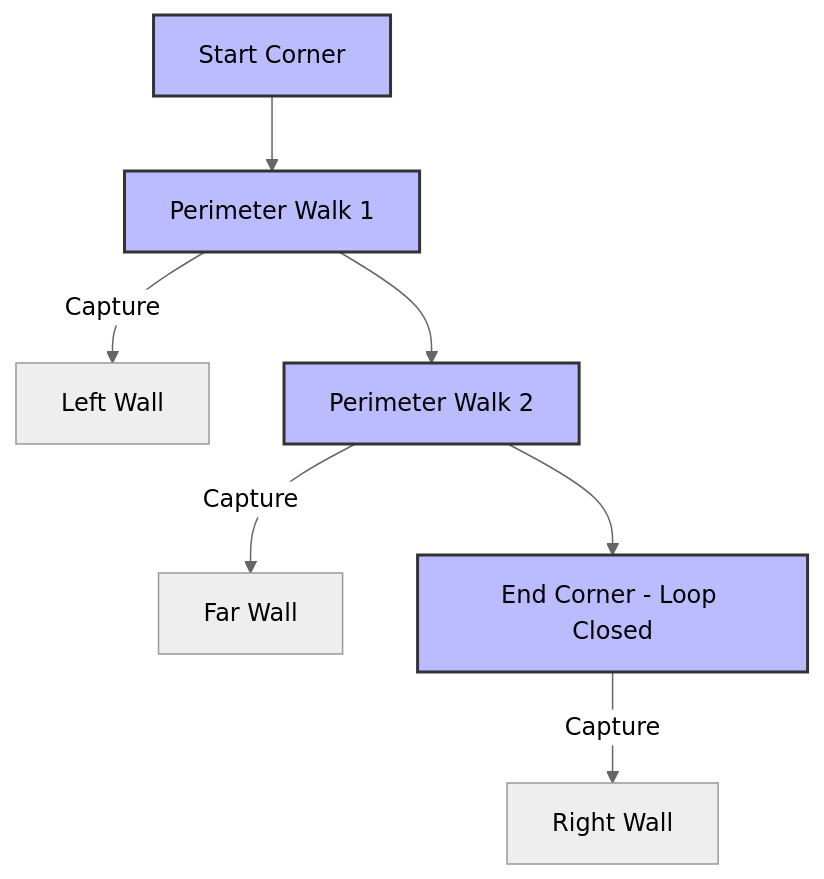
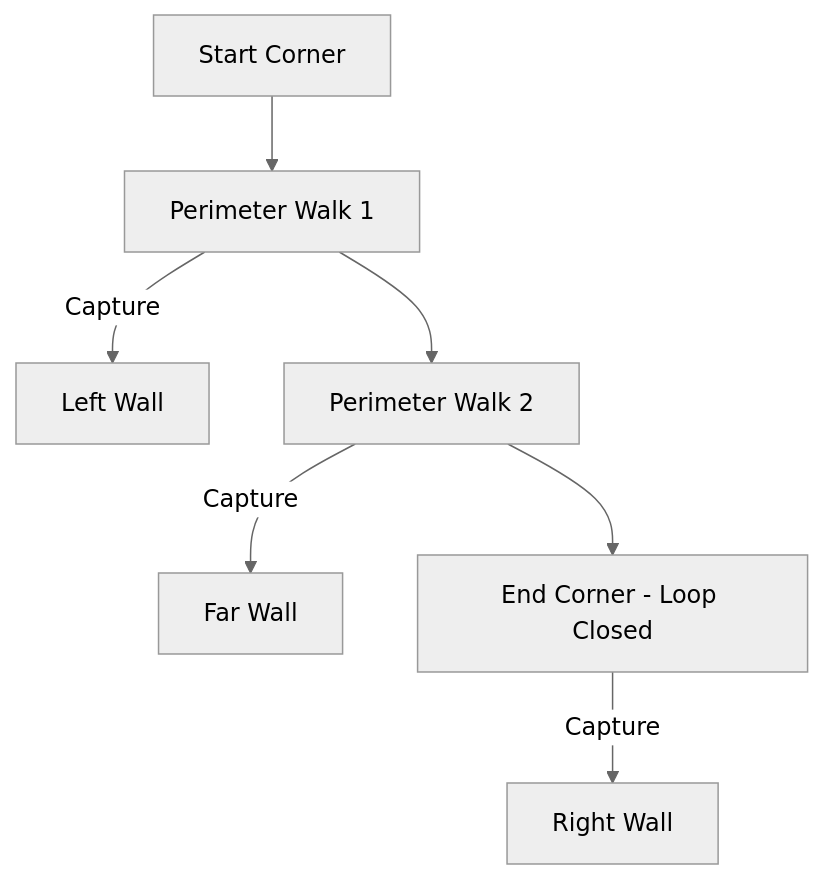
One commit to korporalK/gaussian_splat changed the third of 3 diagrams in README.md. Above: the diagram before and after it, drawn with Mermaid (neutral theme). The commit also changed other lines of this file and 1 other file, not shown here.

Commit message:
Add demo GIF and resolve color contrast in Mermaid charts by removing inline styles

````diff
--- a/README.md
+++ b/README.md
@@ -109,13 +110,12 @@
 ```mermaid
 graph TD
-    classDef path fill:#bbf,stroke:#333,stroke-width:2px;
     WallL[Left Wall]
     WallR[Right Wall]
     WallF[Far Wall]
-    Start[Start Corner]:::path --> Path1[Perimeter Walk 1]:::path
-    Path1 --> Path2[Perimeter Walk 2]:::path
-    Path2 --> End[End Corner - Loop Closed]:::path
+    Start[Start Corner] --> Path1[Perimeter Walk 1]
+    Path1 --> Path2[Perimeter Walk 2]
+    Path2 --> End[End Corner - Loop Closed]
     Path1 -->|Capture| WallL
     Path2 -->|Capture| WallF
     End -->|Capture| WallR
 ```
````
